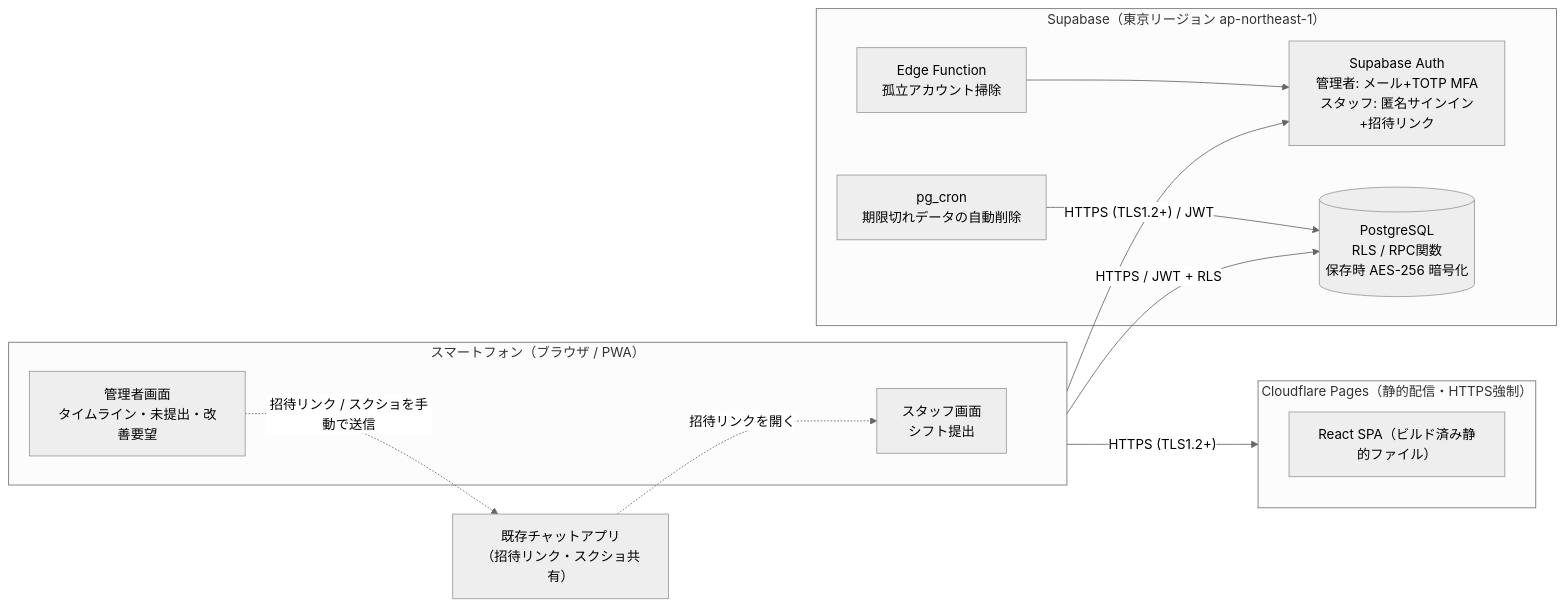
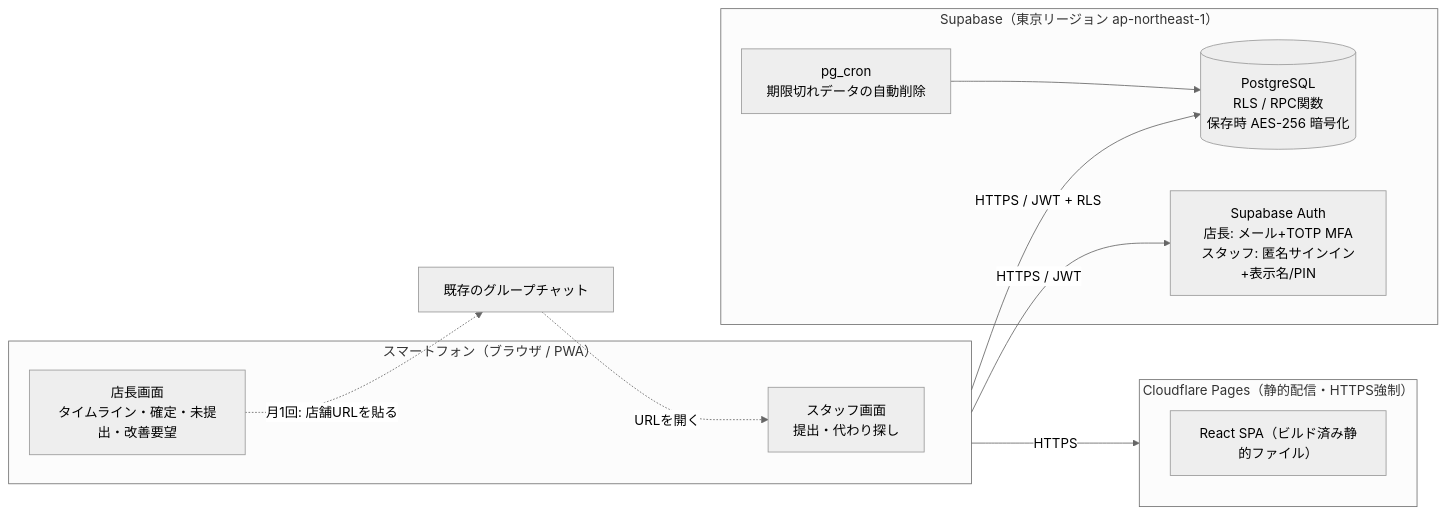
Before and after one commit to RuiKougyo/Cocos: the first of 5 diagrams in docs/design.md, drawn with Mermaid (neutral theme). The commit also changed other lines of this file and 4 other files, not shown here.

````diff
--- a/docs/design.md
+++ b/docs/design.md
@@ -23,25 +38,23 @@
 ```mermaid
 flowchart LR
   subgraph Phone["スマートフォン（ブラウザ / PWA）"]
-    S["スタッフ画面<br/>シフト提出"]
-    A["管理者画面<br/>タイムライン・未提出・改善要望"]
+    S["スタッフ画面<br/>提出・代わり探し"]
+    A["店長画面<br/>タイムライン・確定・未提出・改善要望"]
   end
   subgraph CF["Cloudflare Pages（静的配信・HTTPS強制）"]
     SPA["React SPA（ビルド済み静的ファイル）"]
   end
   subgraph SB["Supabase（東京リージョン ap-northeast-1）"]
-    AUTH["Supabase Auth<br/>管理者: メール+TOTP MFA<br/>スタッフ: 匿名サインイン+招待リンク"]
+    AUTH["Supabase Auth<br/>店長: メール+TOTP MFA<br/>スタッフ: 匿名サインイン+表示名/PIN"]
     PG[("PostgreSQL<br/>RLS / RPC関数<br/>保存時 AES-256 暗号化")]
     CRON["pg_cron<br/>期限切れデータの自動削除"]
-    EF["Edge Function<br/>孤立アカウント掃除"]
   end
-  CHAT["既存チャットアプリ<br/>（招待リンク・スクショ共有）"]
+  CHAT["既存のグループチャット"]
 
-  Phone -- "HTTPS (TLS1.2+)" --> CF
-  Phone -- "HTTPS (TLS1.2+) / JWT" --> AUTH
+  Phone -- "HTTPS" --> CF
+  Phone -- "HTTPS / JWT" --> AUTH
   Phone -- "HTTPS / JWT + RLS" --> PG
   CRON --> PG
-  EF --> AUTH
-  A -. "招待リンク / スクショを手動で送信" .-> CHAT
-  CHAT -. "招待リンクを開く" .-> S
+  A -. "月1回: 店舗URLを貼る" .-> CHAT
+  CHAT -. "URLを開く" .-> S
 ```
````
